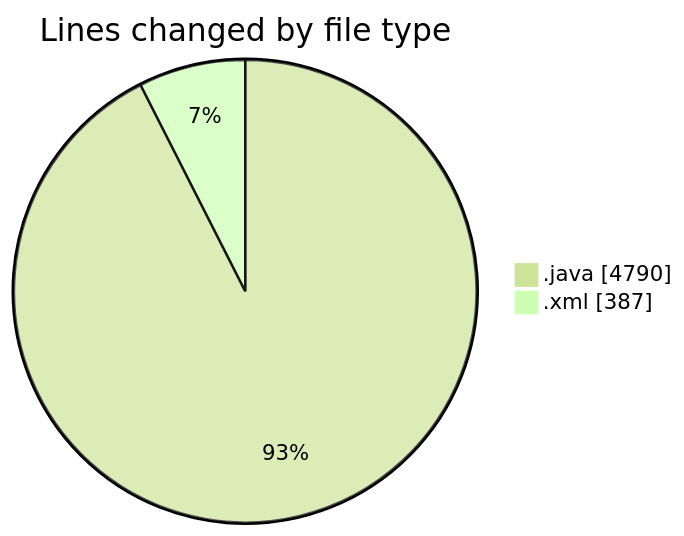
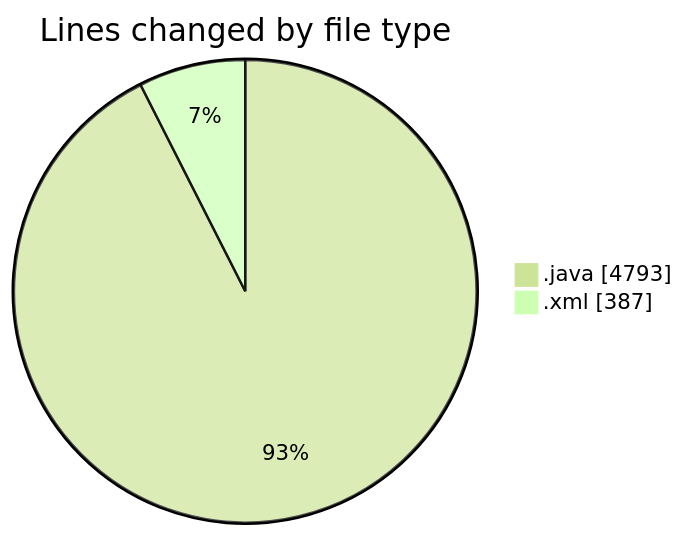
One commit to charlie-sans/code-tracking changed the first of 2 diagrams in 2025-05-01/jmasm/README.md. Above: the diagram before and after it, drawn with Mermaid (forest theme). The commit also changed other lines of this file and 1 other file, not shown here.

````diff
--- a/2025-05-01/jmasm/README.md
+++ b/2025-05-01/jmasm/README.md
@@ -30,6 +30,6 @@
 ```mermaid
 pie showData
 title Lines changed by file type
-".java" : 4790
+".java" : 4793
 ".xml" : 387
 ```
````
